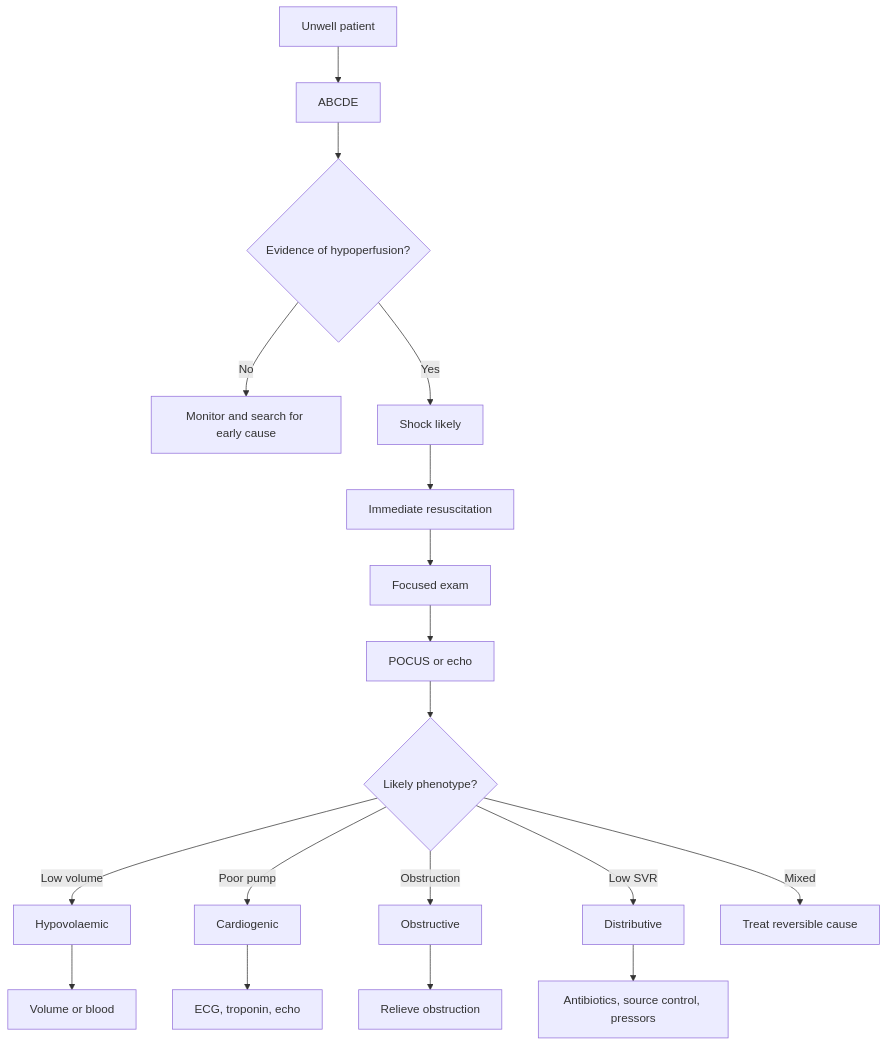
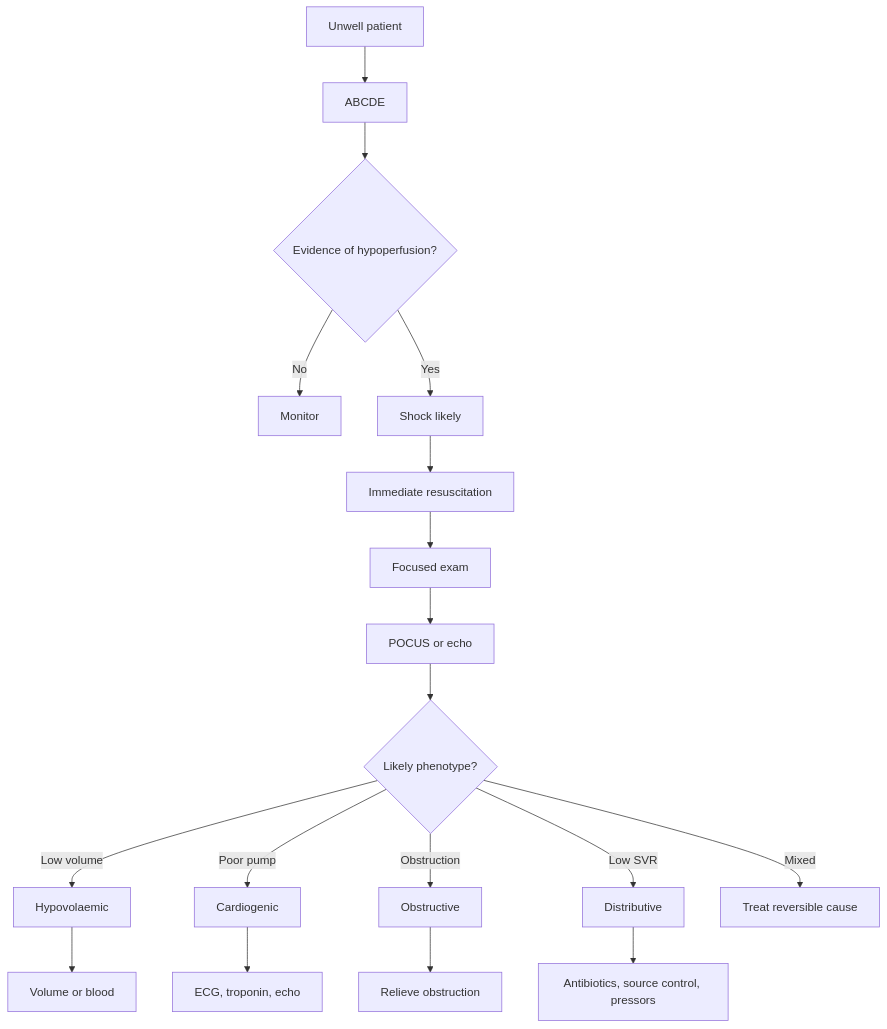
The diagram in content/fragments/general-surgery/general-principles/shock/dx.mdx (techjason/mbbspedia), drawn with Mermaid before and after one commit. The commit also changed 3 other files, not shown here.

Commit message:
Improve readability of shock and sepsis diagrams

````diff
--- a/content/fragments/general-surgery/general-principles/shock/dx.mdx
+++ b/content/fragments/general-surgery/general-principles/shock/dx.mdx
@@ -23,23 +23,23 @@
 ```mermaid
 flowchart TD
     A["Unwell patient"] --> B["ABCDE"]
     B --> C{"Evidence of hypoperfusion?"}
-    C -->|"No"| D["Monitor and search for early cause"]
+    C -->|"No"| D["Monitor"]
     C -->|"Yes"| E["Shock likely"]
 
     E --> F["Immediate resuscitation"]
     F --> G["Focused exam"]
     G --> H["POCUS or echo"]
 
     H --> I{"Likely phenotype?"}
     I -->|"Low volume"| J["Hypovolaemic"]
     I -->|"Poor pump"| K["Cardiogenic"]
     I -->|"Obstruction"| L["Obstructive"]
     I -->|"Low SVR"| M["Distributive"]
     I -->|"Mixed"| N["Treat reversible cause"]
 
     J --> O["Volume or blood"]
     K --> P["ECG, troponin, echo"]
     L --> Q["Relieve obstruction"]
     M --> R["Antibiotics, source control, pressors"]
 ```
````
